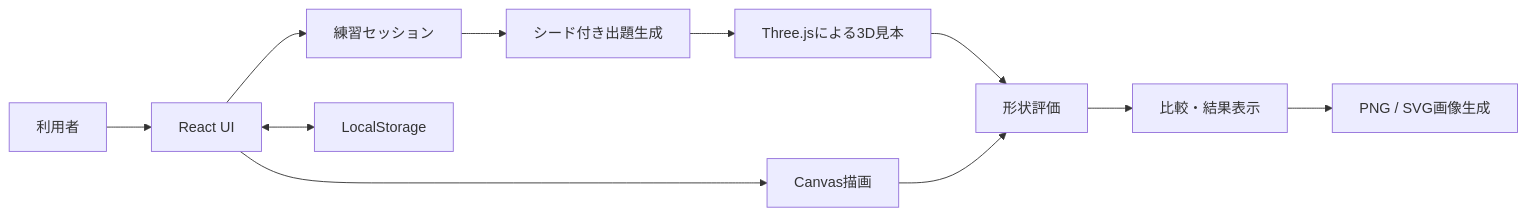
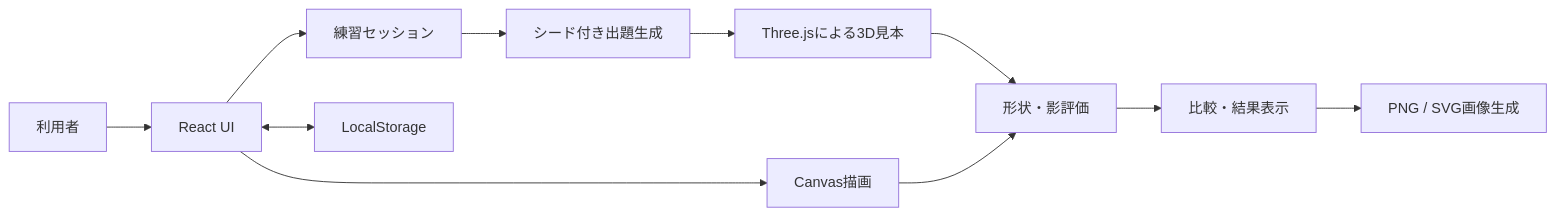
The first of 4 diagrams in docs/ARCHITECTURE.md (rikuru-sys/SolidDrawing), drawn with Mermaid before and after one commit. The commit also changed other lines of this file and 37 other files, not shown here.

````diff
--- a/docs/ARCHITECTURE.md
+++ b/docs/ARCHITECTURE.md
@@ -9,13 +9,13 @@
 ```mermaid
 flowchart LR
     User[利用者] --> UI[React UI]
     UI --> Session[練習セッション]
     Session --> Prompt[シード付き出題生成]
     Prompt --> Sample[Three.jsによる3D見本]
     UI --> Drawing[Canvas描画]
-    Sample --> Evaluation[形状評価]
+    Sample --> Evaluation[形状・影評価]
     Drawing --> Evaluation
     Evaluation --> Results[比較・結果表示]
     Results --> Export[PNG / SVG画像生成]
     UI <--> Storage[LocalStorage]
 ```
````
